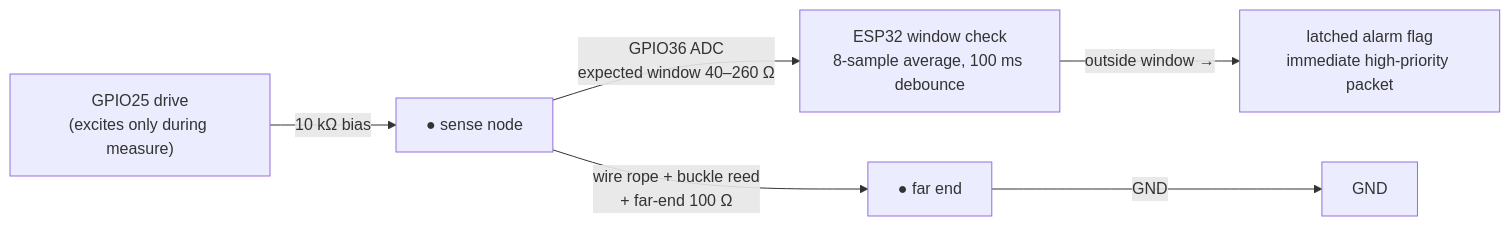
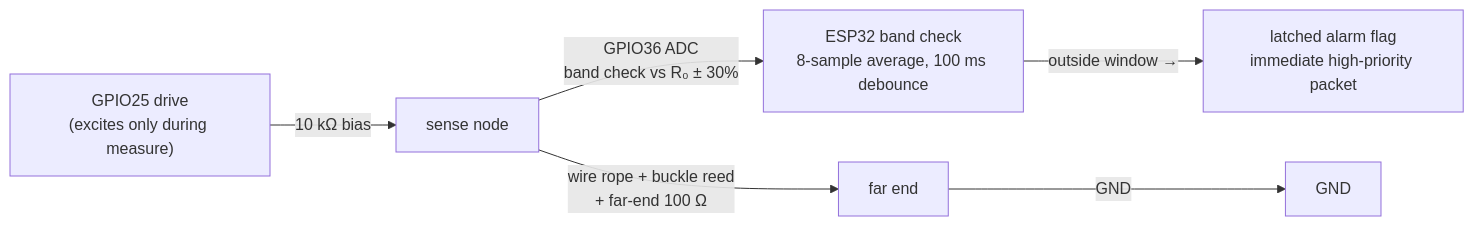
One commit to qppd/smart-collar changed the second of 2 diagrams in docs/BLOCK-DIAGRAM.md. Above: the diagram before and after it, drawn with Mermaid. The commit also changed other lines of this file and 17 other files, not shown here.

First line of the commit message:
Docs: complete offline-first build guide with wiring diagram and Map Pack

````diff
--- a/docs/BLOCK-DIAGRAM.md
+++ b/docs/BLOCK-DIAGRAM.md
@@ -58,8 +60,8 @@
 ```mermaid
 flowchart LR
-    G25["GPIO25 drive<br/>(excites only during measure)"] -- "10 kΩ bias" --> NODE["● sense node"]
-    NODE -- "GPIO36 ADC<br/>expected window 40–260 Ω" --> ESP["ESP32 window check<br/>8-sample average, 100 ms debounce"]
-    NODE -- "wire rope + buckle reed<br/>+ far-end 100 Ω" --> FAR["● far end"]
+    G25["GPIO25 drive<br/>(excites only during measure)"] -- "10 kΩ bias" --> NODE["sense node"]
+    NODE -- "GPIO36 ADC<br/>band check vs R₀ ± 30%" --> ESP["ESP32 band check<br/>8-sample average, 100 ms debounce"]
+    NODE -- "wire rope + buckle reed<br/>+ far-end 100 Ω" --> FAR["far end"]
     FAR -- "GND" --> GND["GND"]
     ESP -- "outside window →" --> LATCH["latched alarm flag<br/>immediate high-priority packet"]
 ```
````
